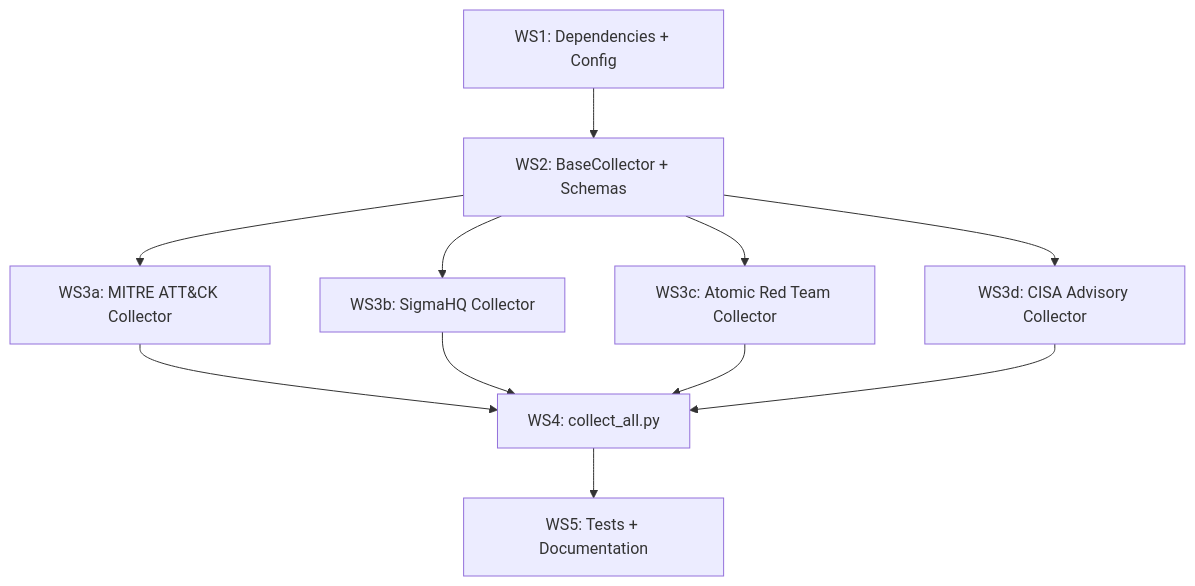
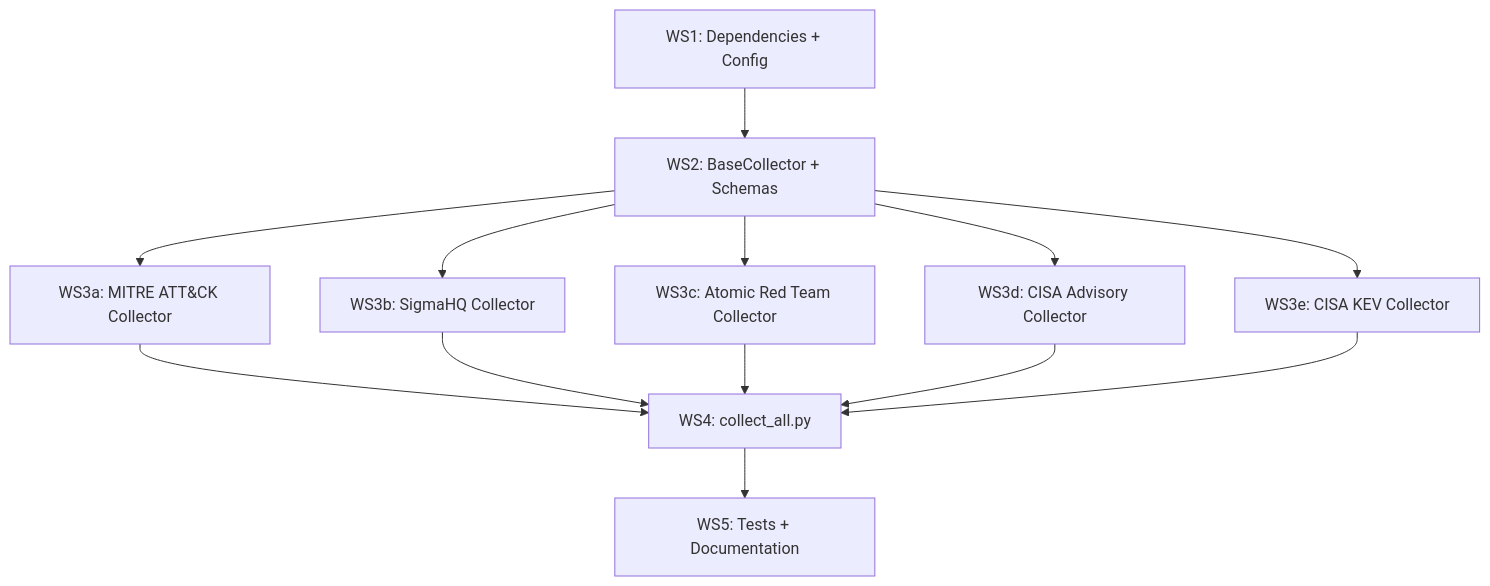
One commit to darkrelicz/dfir-dataset changed the diagram in phase2_implementation_plan.md. Above: the diagram before and after it, drawn with Mermaid. The commit also changed other lines of this file and 1 other file, not shown here.

Commit message:
Task - Update phase2 implementation plan with CISA KEV source

````diff
--- a/phase2_implementation_plan.md
+++ b/phase2_implementation_plan.md
@@ -365,13 +401,15 @@
 ```mermaid
 graph TD
     A[WS1: Dependencies + Config] --> B[WS2: BaseCollector + Schemas]
     B --> C1[WS3a: MITRE ATT&CK Collector]
     B --> C2[WS3b: SigmaHQ Collector]
     B --> C3[WS3c: Atomic Red Team Collector]
     B --> C4[WS3d: CISA Advisory Collector]
+    B --> C5[WS3e: CISA KEV Collector]
     C1 --> D[WS4: collect_all.py]
     C2 --> D
     C3 --> D
     C4 --> D
+    C5 --> D
     D --> E[WS5: Tests + Documentation]
 ```
````
